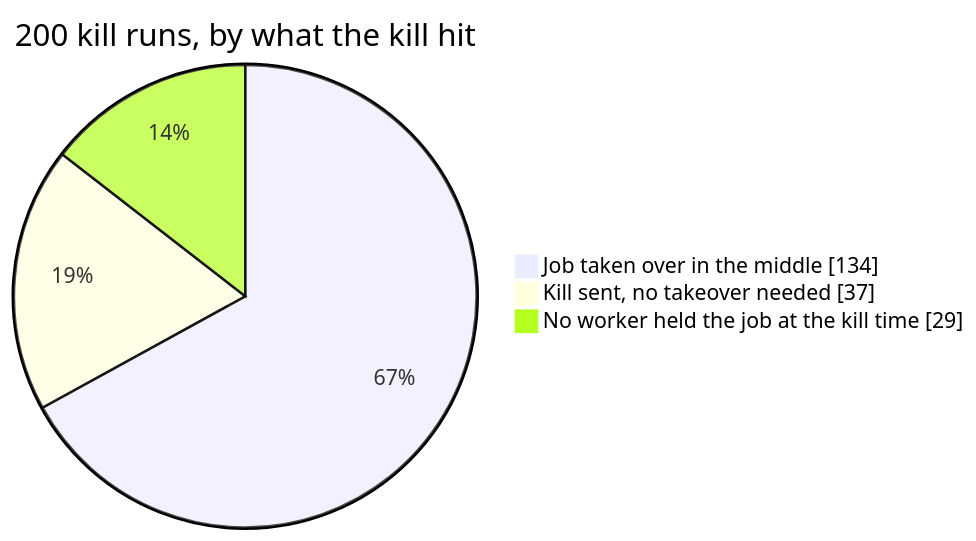
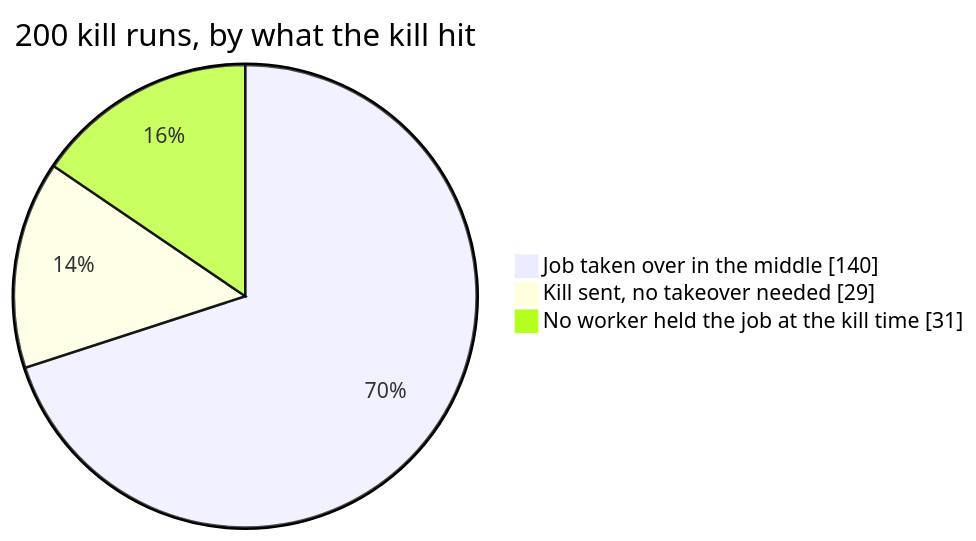
The diagram in docs/results/durability.md (sindredg/agent-runtime), drawn with Mermaid before and after one commit. The commit also changed other lines of this file and 6 other files, not shown here.

````diff
--- a/docs/results/durability.md
+++ b/docs/results/durability.md
@@ -8,6 +8,6 @@
 ```mermaid
 pie showData title 200 kill runs, by what the kill hit
-    "Job taken over in the middle" : 134
-    "Kill sent, no takeover needed" : 37
-    "No worker held the job at the kill time" : 29
+    "Job taken over in the middle" : 140
+    "Kill sent, no takeover needed" : 29
+    "No worker held the job at the kill time" : 31
 ```
````
